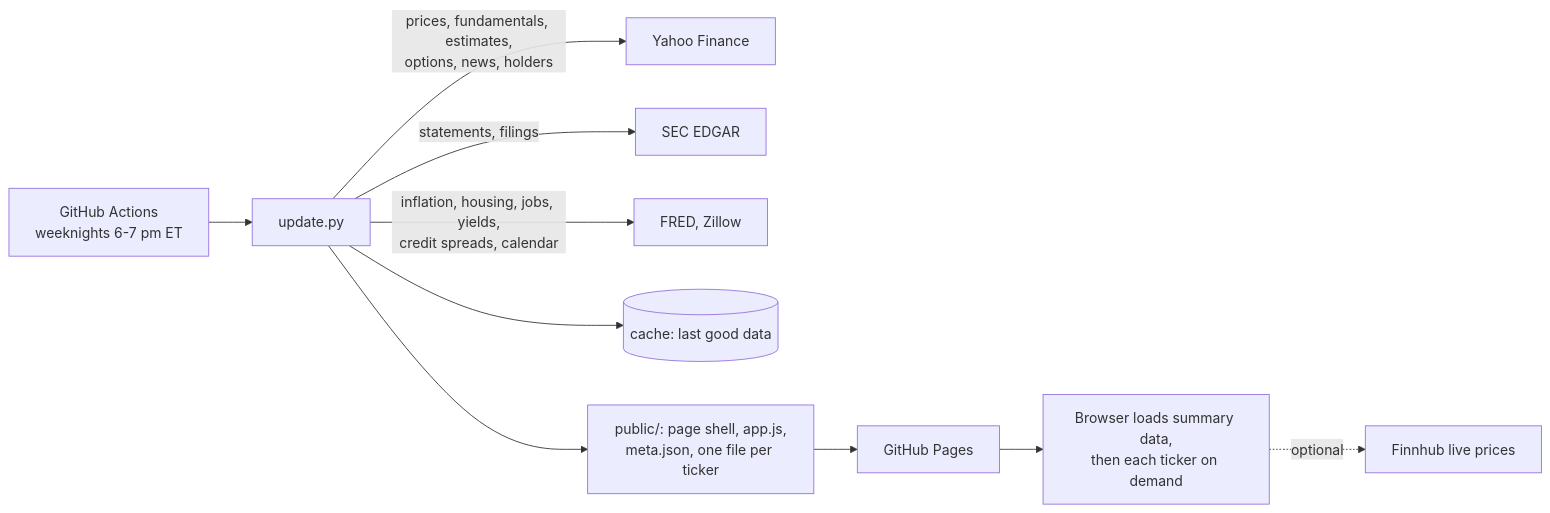
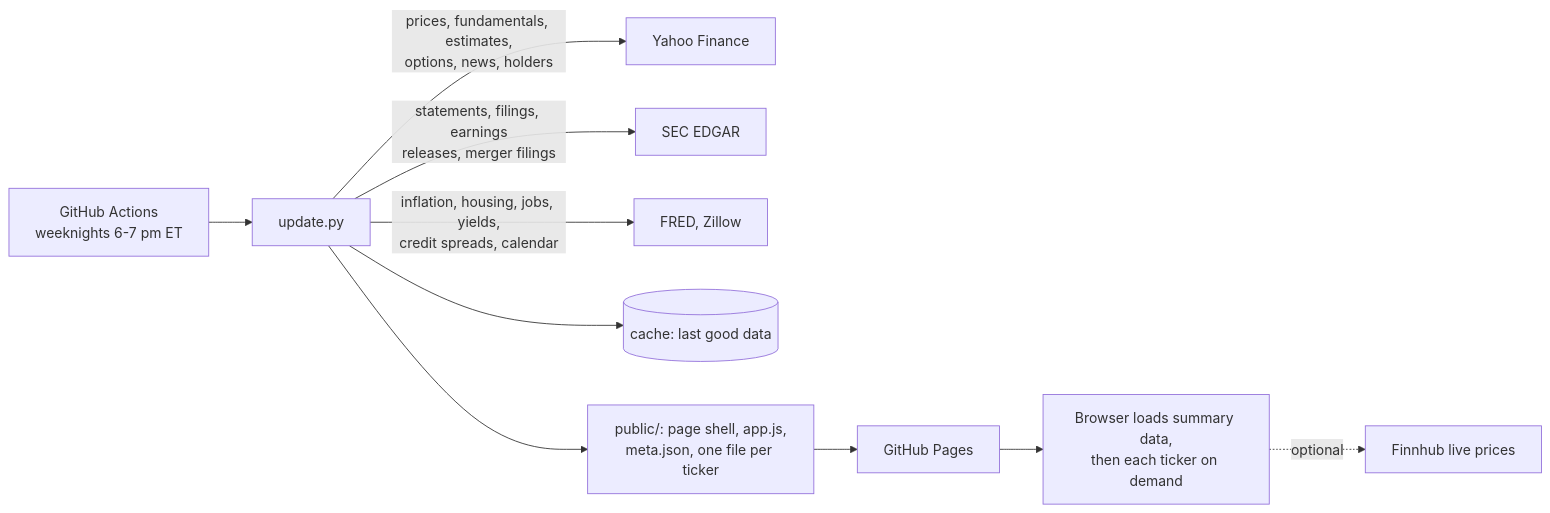
One commit to RRana23/terminal-lite changed the diagram in README.md. Above: the diagram before and after it, drawn with Mermaid. The commit also changed other lines of this file and 4 other files, not shown here.

First line of the commit message:
Earnings calls and M&A from SEC EDGAR: releases with press-release links, transcript/replay finders, IR link, calendar add; company M&A view and 45-day EDGAR deals feed [skip ci]

````diff
--- a/README.md
+++ b/README.md
@@ -43,12 +45,12 @@
 ```mermaid
 flowchart LR
   A[GitHub Actions<br/>weeknights 6-7 pm ET] --> B[update.py]
   B -->|prices, fundamentals, estimates,<br/>options, news, holders| Y[Yahoo Finance]
-  B -->|statements, filings| S[SEC EDGAR]
+  B -->|statements, filings, earnings<br/>releases, merger filings| S[SEC EDGAR]
   B -->|inflation, housing, jobs, yields,<br/>credit spreads, calendar| F[FRED, Zillow]
   B --> C[(cache: last good data)]
   B --> P[public/: page shell, app.js,<br/>meta.json, one file per ticker]
   P --> G[GitHub Pages]
   G --> U[Browser loads summary data,<br/>then each ticker on demand]
   U -.optional.-> L[Finnhub live prices]
 ```
````
